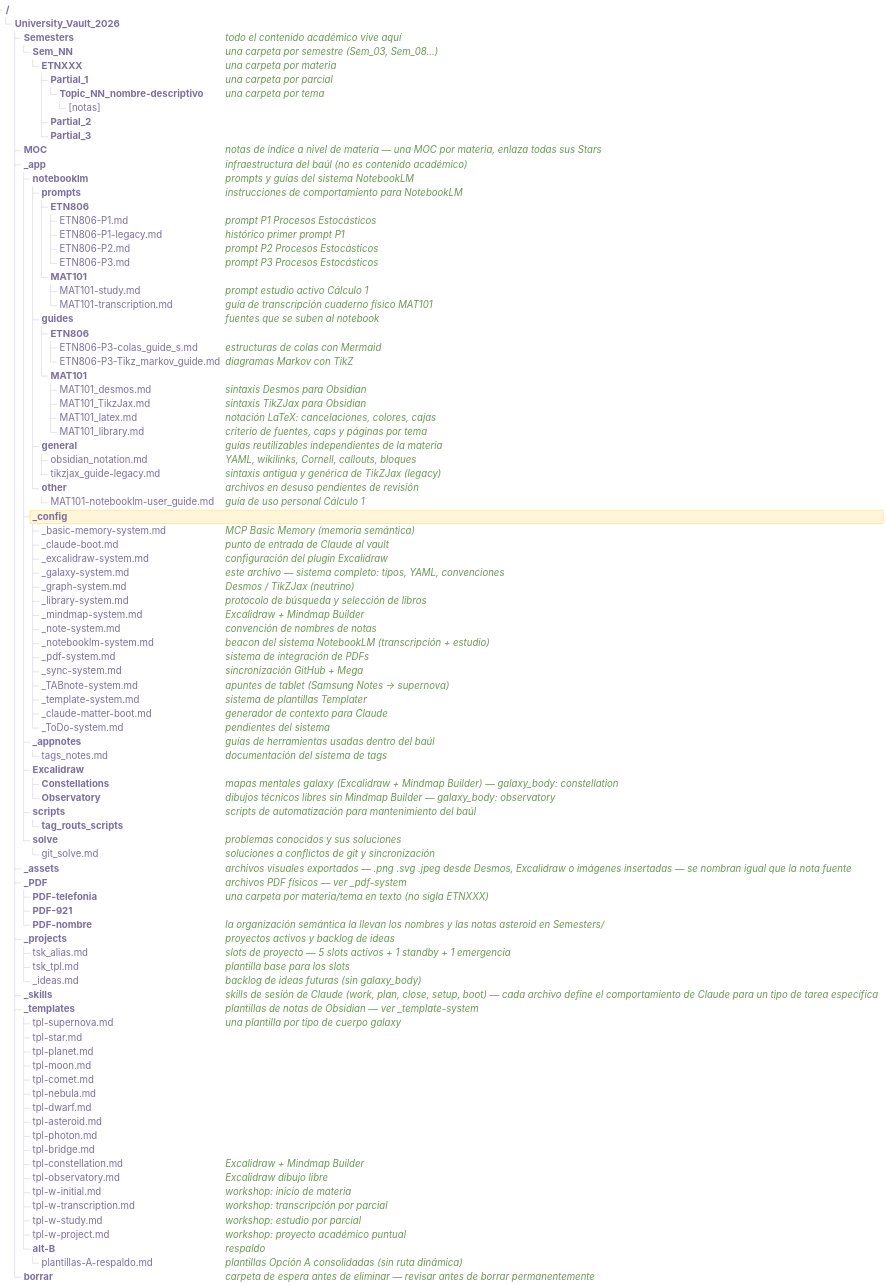
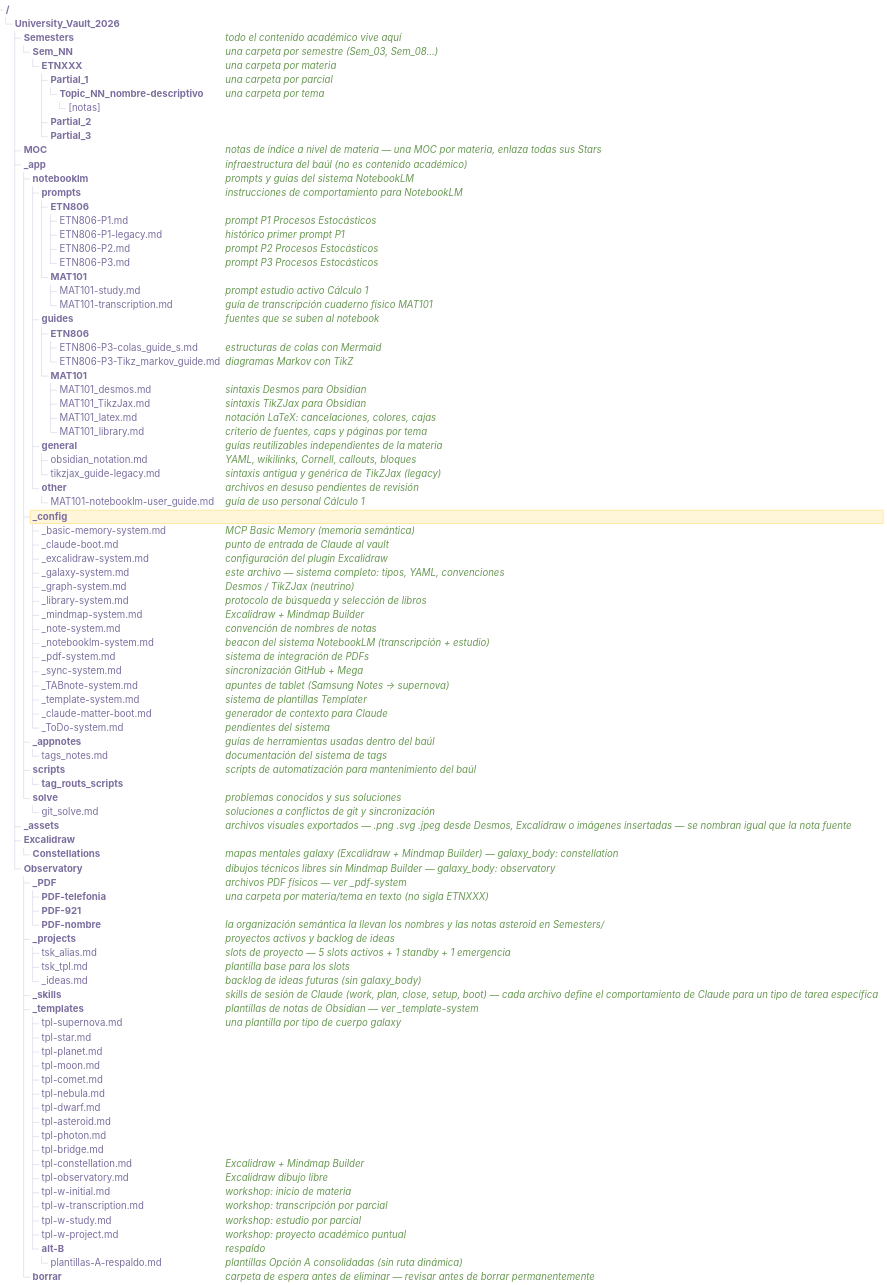
Before and after one commit to Ruelas2022ETNumsa/University_vault_2026: the diagram in _app/_config/_galaxy-system.md, drawn with Mermaid. The commit also changed other lines of this file and 31 other files, not shown here.

```diff
--- a/_app/_config/_galaxy-system.md
+++ b/_app/_config/_galaxy-system.md
@@ -130,14 +124,14 @@
                 _ToDo-system.md ## pendientes del sistema
             _appnotes/ ## guías de herramientas usadas dentro del baúl
                 tags_notes.md ## documentación del sistema de tags
-            Excalidraw/
-                Constellations/ ## mapas mentales galaxy (Excalidraw + Mindmap Builder) — galaxy_body: constellation
-                Observatory/ ## dibujos técnicos libres sin Mindmap Builder — galaxy_body: observatory
             scripts/ ## scripts de automatización para mantenimiento del baúl
                 tag_routs_scripts/
             solve/ ## problemas conocidos y sus soluciones
                 git_solve.md ## soluciones a conflictos de git y sincronización
         _assets/ ## archivos visuales exportados — .png .svg .jpeg desde Desmos, Excalidraw o imágenes insertadas — se nombran igual que la nota fuente
+        Excalidraw/
+            Constellations/ ## mapas mentales galaxy (Excalidraw + Mindmap Builder) — galaxy_body: constellation
+		    Observatory/ ## dibujos técnicos libres sin Mindmap Builder — galaxy_body: observatory
         _PDF/ ## archivos PDF físicos — ver _pdf-system
             PDF-telefonia/ ## una carpeta por materia/tema en texto (no sigla ETNXXX)
             PDF-921/
```
